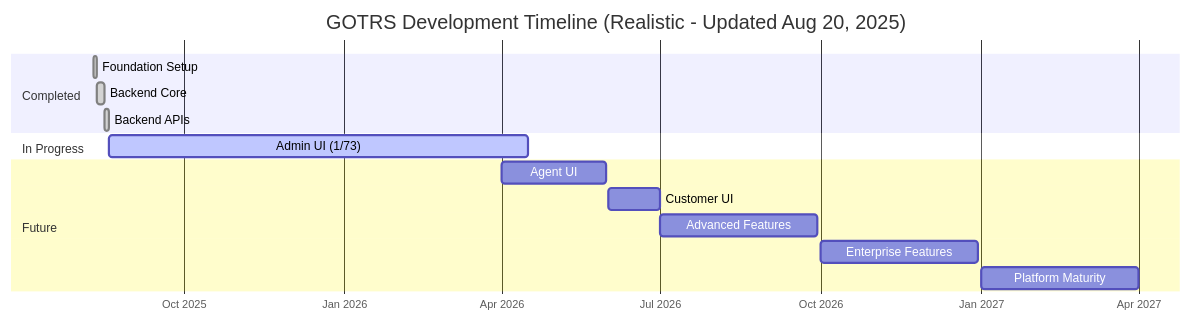
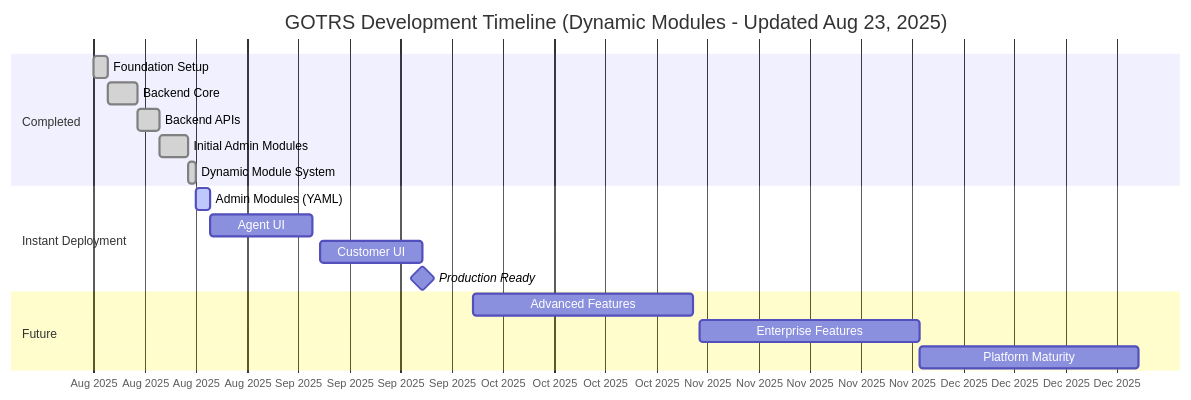
One commit to goatkit/goatflow changed the diagram in ROADMAP.md. Above: the diagram before and after it, drawn with Mermaid. The commit also changed other lines of this file and 100 other files, not shown here.

First line of the commit message:
feat: Dynamic module system enhancements and UI improvements

````diff
--- a/ROADMAP.md
+++ b/ROADMAP.md
@@ -27,21 +44,24 @@
 ```mermaid
 gantt
-    title GOTRS Development Timeline (Realistic - Updated Aug 20, 2025)
+    title GOTRS Development Timeline (Dynamic Modules - Updated Aug 23, 2025)
     dateFormat YYYY-MM-DD
     axisFormat %b %Y
     
     section Completed
     Foundation Setup           :done, phase0, 2025-08-10, 2d
     Backend Core              :done, phase1, 2025-08-12, 4d
     Backend APIs              :done, phase2back, 2025-08-16, 3d
+    Initial Admin Modules     :done, phase2ui, 2025-08-19, 4d
+    Dynamic Module System     :done, dynamic, 2025-08-23, 1d
     
-    section In Progress
-    Admin UI (1/73)           :active, phase2ui, 2025-08-19, 240d
+    section Instant Deployment
+    Admin Modules (YAML)      :active, phase2yaml, 2025-08-24, 2d
+    Agent UI                  :phase3ui, 2025-08-26, 14d
+    Customer UI               :phase4ui, 2025-09-10, 14d
+    Production Ready          :milestone, 2025-09-24, 0d
     
     section Future
-    Agent UI                  :phase3ui, 2026-04-01, 60d
-    Customer UI               :phase4ui, 2026-06-01, 30d
-    Advanced Features         :phase5, 2026-07-01, 90d
-    Enterprise Features       :phase6, 2026-10-01, 90d
-    Platform Maturity         :phase7, 2027-01-01, 90d
+    Advanced Features         :phase5, 2025-10-01, 30d
+    Enterprise Features       :phase6, 2025-11-01, 30d
+    Platform Maturity         :phase7, 2025-12-01, 30d
 ```
````
